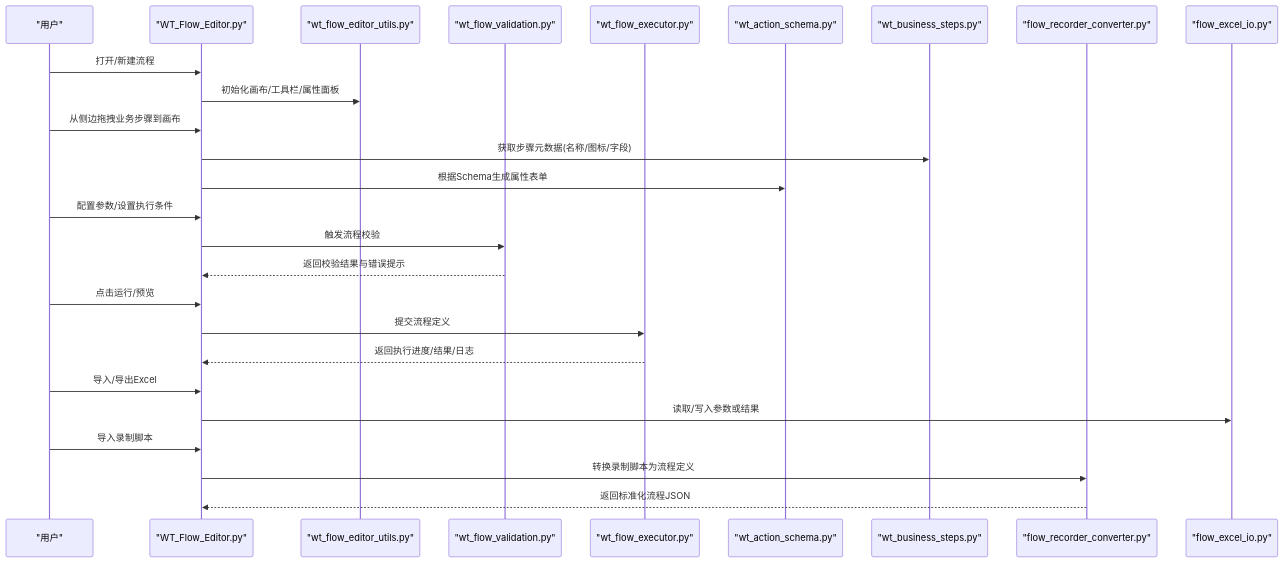
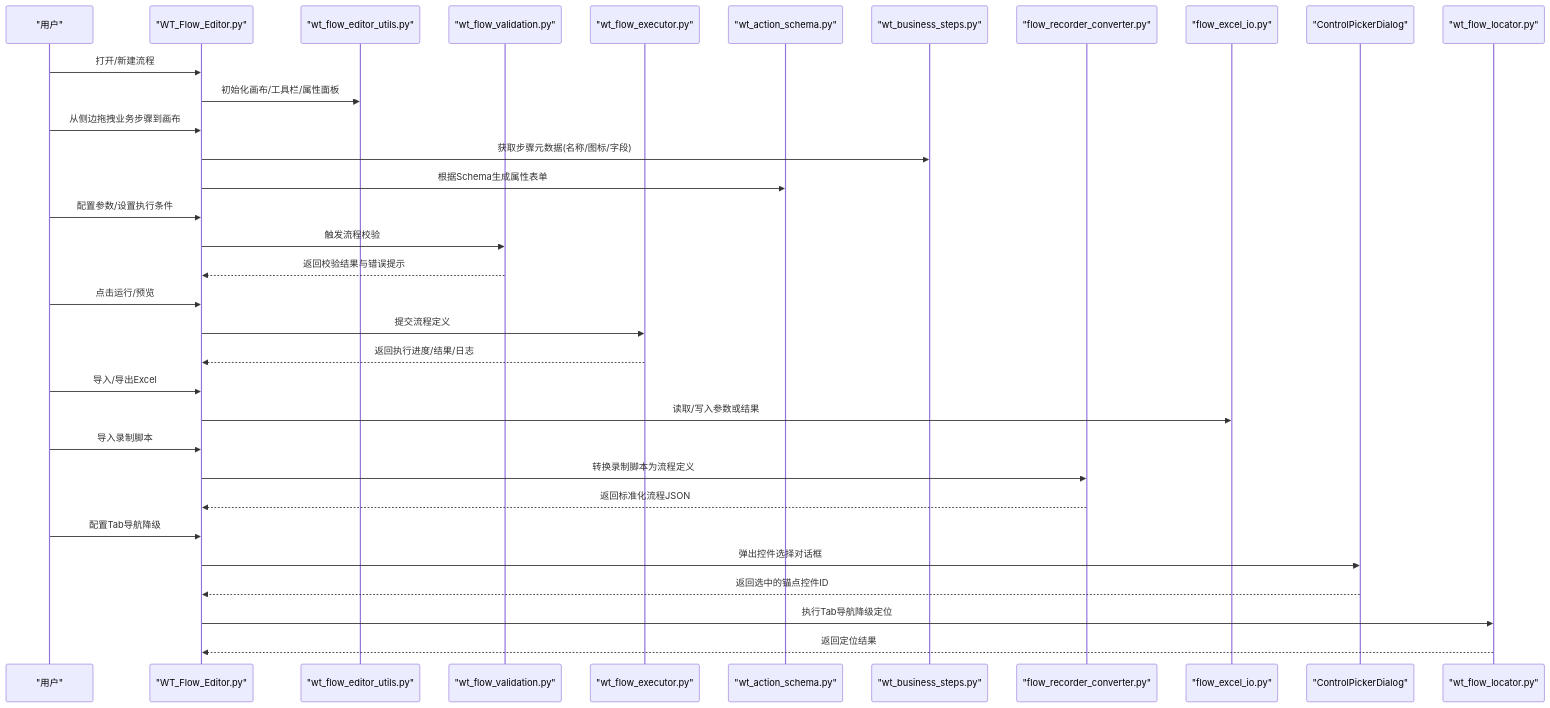
Before and after one commit to hanago33/WT_Automation: the second of 7 diagrams in .qoder/repowiki/zh/content/可视化工具/流程编辑器.md, drawn with Mermaid. The commit also changed other lines of this file and 247 other files, not shown here.

````diff
--- a/.qoder/repowiki/zh/content/可视化工具/流程编辑器.md
+++ b/.qoder/repowiki/zh/content/可视化工具/流程编辑器.md
@@ -130,28 +147,35 @@
 ```mermaid
 sequenceDiagram
 participant User as "用户"
 participant UI as "WT_Flow_Editor.py"
 participant Utils as "wt_flow_editor_utils.py"
 participant Valid as "wt_flow_validation.py"
 participant Exec as "wt_flow_executor.py"
 participant Schema as "wt_action_schema.py"
 participant Biz as "wt_business_steps.py"
 participant Conv as "flow_recorder_converter.py"
 participant Excel as "flow_excel_io.py"
+participant Picker as "ControlPickerDialog"
+participant Locator as "wt_flow_locator.py"
 User->>UI : 打开/新建流程
 UI->>Utils : 初始化画布/工具栏/属性面板
 User->>UI : 从侧边拖拽业务步骤到画布
 UI->>Biz : 获取步骤元数据(名称/图标/字段)
 UI->>Schema : 根据Schema生成属性表单
 User->>UI : 配置参数/设置执行条件
 UI->>Valid : 触发流程校验
 Valid-->>UI : 返回校验结果与错误提示
 User->>UI : 点击运行/预览
 UI->>Exec : 提交流程定义
 Exec-->>UI : 返回执行进度/结果/日志
 User->>UI : 导入/导出Excel
 UI->>Excel : 读取/写入参数或结果
 User->>UI : 导入录制脚本
 UI->>Conv : 转换录制脚本为流程定义
 Conv-->>UI : 返回标准化流程JSON
+User->>UI : 配置Tab导航降级
+UI->>Picker : 弹出控件选择对话框
+Picker-->>UI : 返回选中的锚点控件ID
+UI->>Locator : 执行Tab导航降级定位
+Locator-->>UI : 返回定位结果
 ```
````
